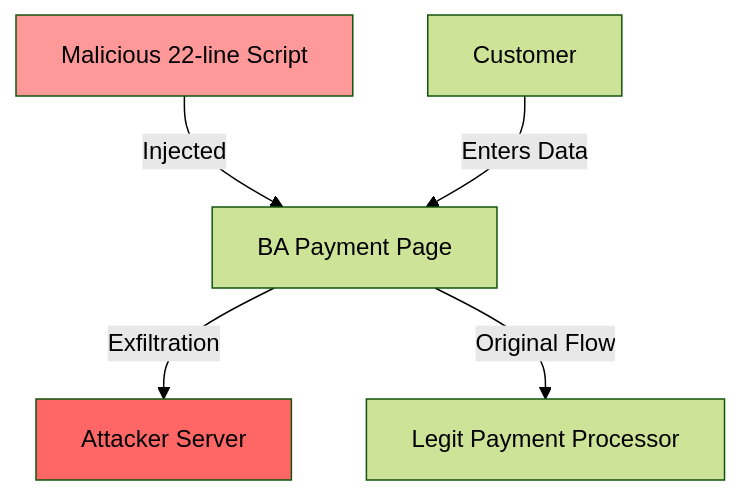
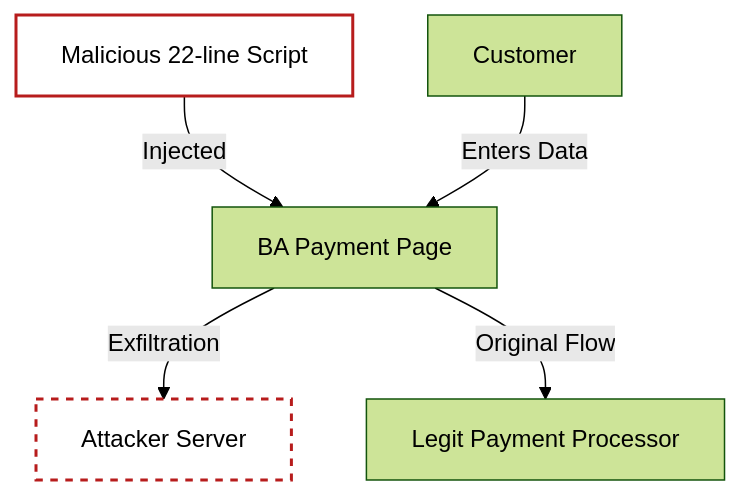
Before and after one commit to Faizan-Khanx/AeroSpaceHacking: the eighth of 8 diagrams in README.md, drawn with Mermaid (forest theme). The commit also changed other lines of this file, not shown here.

````diff
--- a/README.md
+++ b/README.md
@@ -635,10 +645,10 @@
 ```mermaid
 graph TD
     S[Malicious 22-line Script] -->|Injected| B[BA Payment Page]
     U[Customer] -->|Enters Data| B
     B -->|Exfiltration| A[Attacker Server]
     B -->|Original Flow| P[Legit Payment Processor]
     
-    style S fill:#ff9999
-    style A fill:#ff6666
+    style S stroke:#B71C1C,stroke-width:2px,fill:none
+    style A stroke:#B71C1C,stroke-width:2px,fill:none,stroke-dasharray: 5 5
 ```
````
